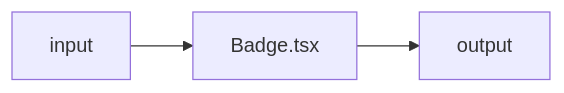
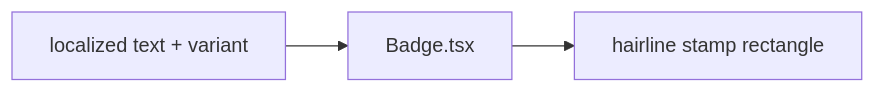
The diagram in apps/web/src/shared/ui/Badge.tsx.md (AzamatRaimbekov2/openCreate), drawn with Mermaid before and after one commit. The commit also changed other lines of this file and 51 other files, not shown here.

````diff
--- a/apps/web/src/shared/ui/Badge.tsx.md
+++ b/apps/web/src/shared/ui/Badge.tsx.md
@@ -19,4 +19,4 @@
 ```mermaid
 flowchart LR
-  IN[input] --> Badge[Badge.tsx] --> OUT[output]
+  TXT[localized text + variant] --> BD[Badge.tsx] --> OUT[hairline stamp rectangle]
 ```
````
